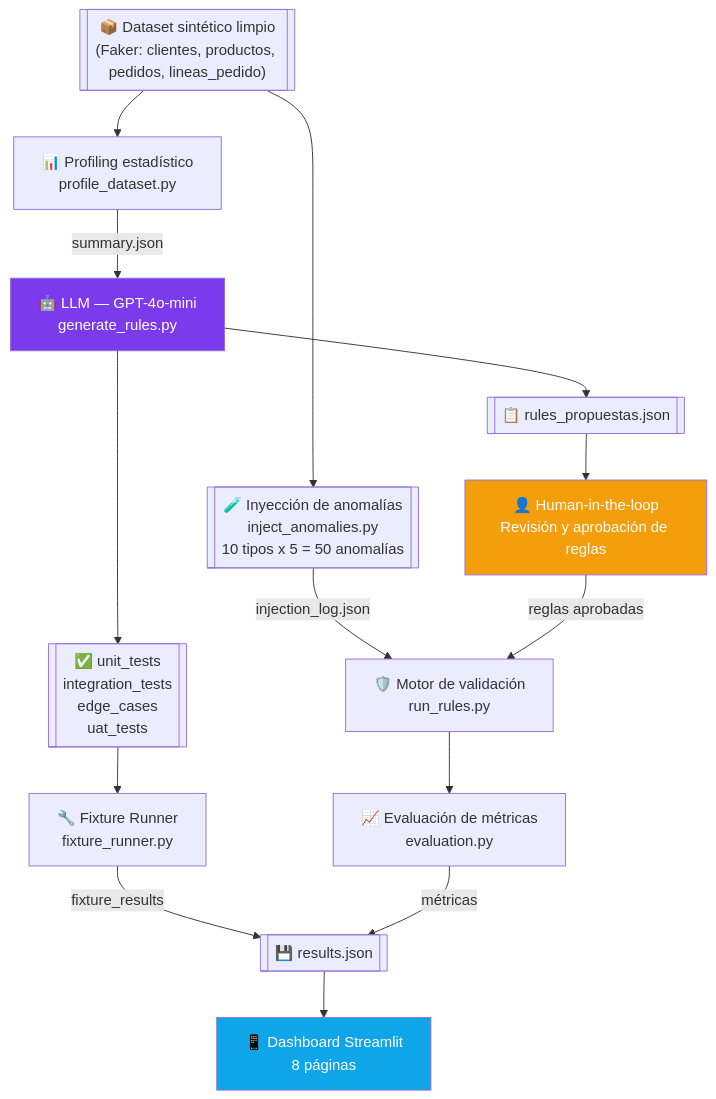
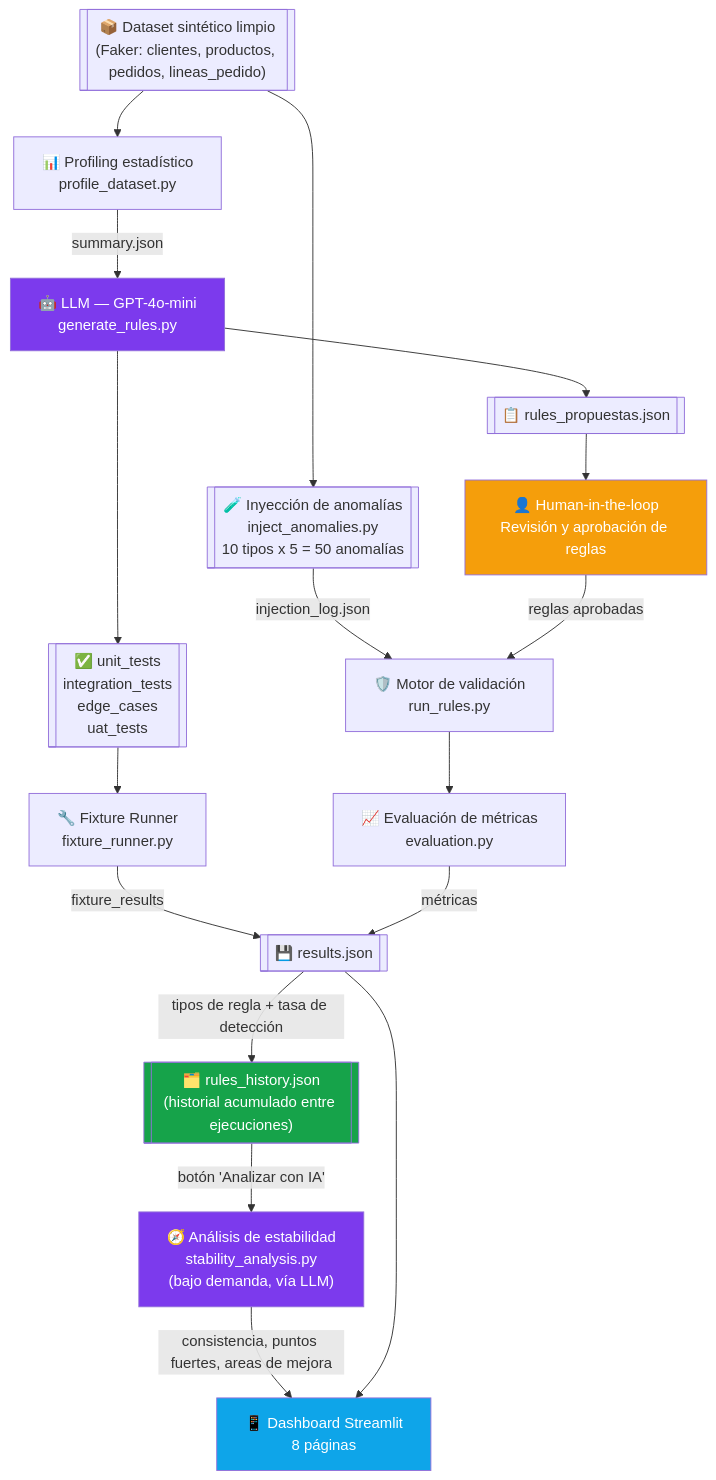
One commit to pablotp02/atmira-hackathon-dataquality changed the first of 3 diagrams in README.md. Above: the diagram before and after it, drawn with Mermaid. The commit also changed other lines of this file, not shown here.

````diff
--- a/README.md
+++ b/README.md
@@ -39,33 +39,40 @@
 ```mermaid
 flowchart TD
     A[["📦 Dataset sintético limpio<br/>(Faker: clientes, productos, pedidos, lineas_pedido)"]]
     B["📊 Profiling estadístico<br/>profile_dataset.py"]
     C[["🧪 Inyección de anomalías<br/>inject_anomalies.py<br/>10 tipos x 5 = 50 anomalías"]]
     D["🤖 LLM — GPT-4o-mini<br/>generate_rules.py"]
     E[["📋 rules_propuestas.json"]]
     F["👤 Human-in-the-loop<br/>Revisión y aprobación de reglas"]
     G[["✅ unit_tests<br/>integration_tests<br/>edge_cases<br/>uat_tests"]]
     H["🔧 Fixture Runner<br/>fixture_runner.py"]
     I["🛡️ Motor de validación<br/>run_rules.py"]
     J["📈 Evaluación de métricas<br/>evaluation.py"]
     K[["💾 results.json"]]
+    M[["🗂️ rules_history.json<br/>(historial acumulado entre ejecuciones)"]]
+    N["🧭 Análisis de estabilidad<br/>stability_analysis.py<br/>(bajo demanda, vía LLM)"]
     L["📱 Dashboard Streamlit<br/>8 páginas"]
 
     A --> B
     A --> C
     B -->|summary.json| D
     C -->|injection_log.json| I
     D --> E
     D --> G
     E --> F
     F -->|reglas aprobadas| I
     G --> H
     H -->|fixture_results| K
     I --> J
     J -->|métricas| K
+    K -->|tipos de regla + tasa de detección| M
+    M -->|"botón 'Analizar con IA'"| N
+    N -->|consistencia, puntos fuertes, areas de mejora| L
     K --> L
 
     style D fill:#7c3aed,color:#fff
     style F fill:#f59e0b,color:#fff
     style L fill:#0ea5e9,color:#fff
+    style N fill:#7c3aed,color:#fff
+    style M fill:#16a34a,color:#fff
 ```
````
